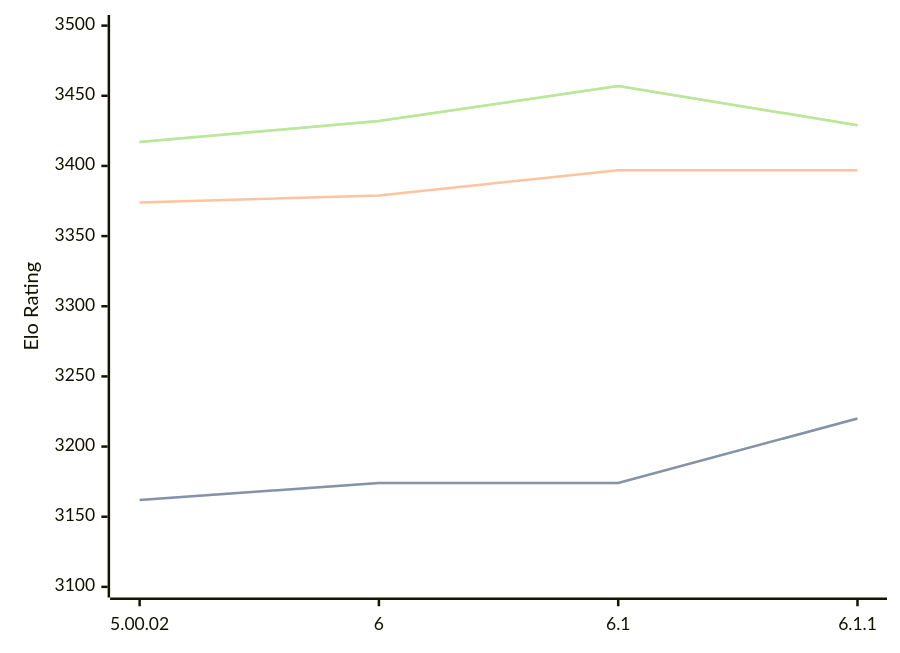
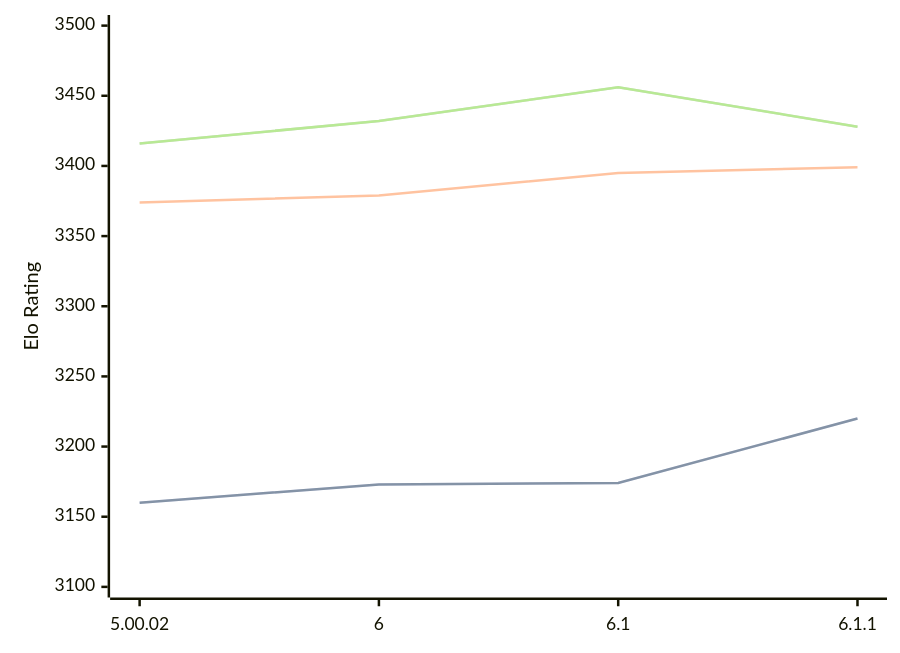
Before and after one commit to computer-chess-index/cci: the diagram in engines/Zangdar.md, drawn with Mermaid. The commit also changed other lines of this file, not shown here.

Commit message:
Update CCI Ratings (ELO VLTC) - 2026-03-30

````diff
--- a/engines/Zangdar.md
+++ b/engines/Zangdar.md
@@ -46,11 +46,11 @@
 ```mermaid
 %%{init: {"theme":"base","themeVariables":{"seriesColors:['#a3a3a3','#222221','#faa371']}}}%%
 xychart-beta
   x-axis ["5.00.02", "6", "6.1", "6.1.1"]
   y-axis "Elo Rating" 3100 --> 3500
-  line "STC (8.0+0.08s)" [3162, 3174, 3174, 3220]
-  line "STC (8.0+0.08s)" [3162, 3174, 3174, 3220]
-  line "LTC (60.0+0.60s)" [3374, 3379, 3397, 3397]
-  line "VLTC (2m24s+1.12s)" [3417, 3432, 3457, 3429]
-  line "VLTC (2m24s+1.12s)" [3417, 3432, 3457, 3429]
+  line "STC (8.0+0.08s)" [3160, 3173, 3174, 3220]
+  line "STC (8.0+0.08s)" [3160, 3173, 3174, 3220]
+  line "LTC (60.0+0.60s)" [3374, 3379, 3395, 3399]
+  line "VLTC (2m24s+1.12s)" [3416, 3432, 3456, 3428]
+  line "VLTC (2m24s+1.12s)" [3416, 3432, 3456, 3428]
 ```
````
